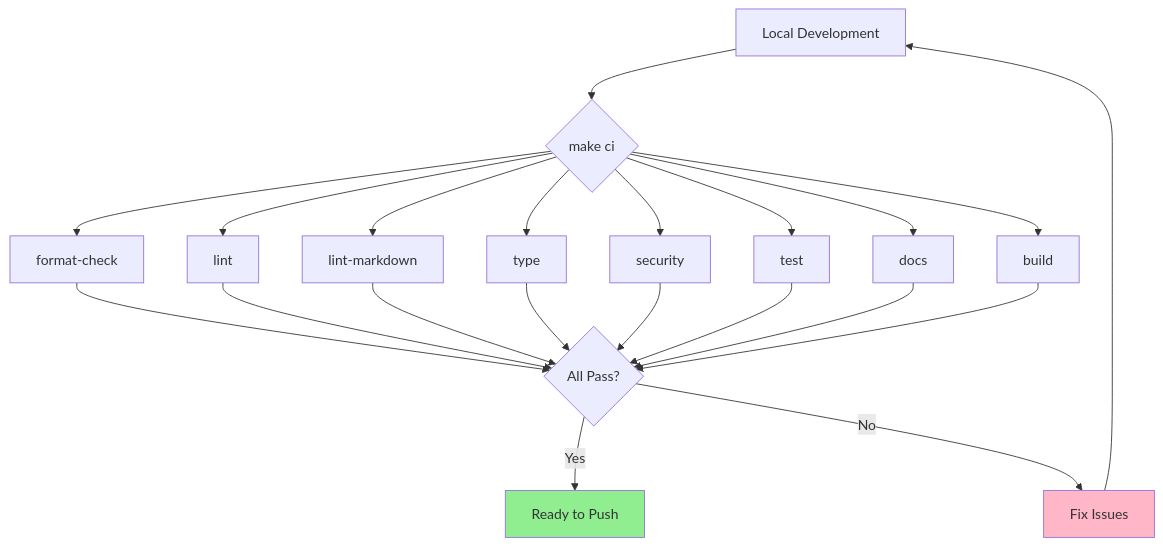
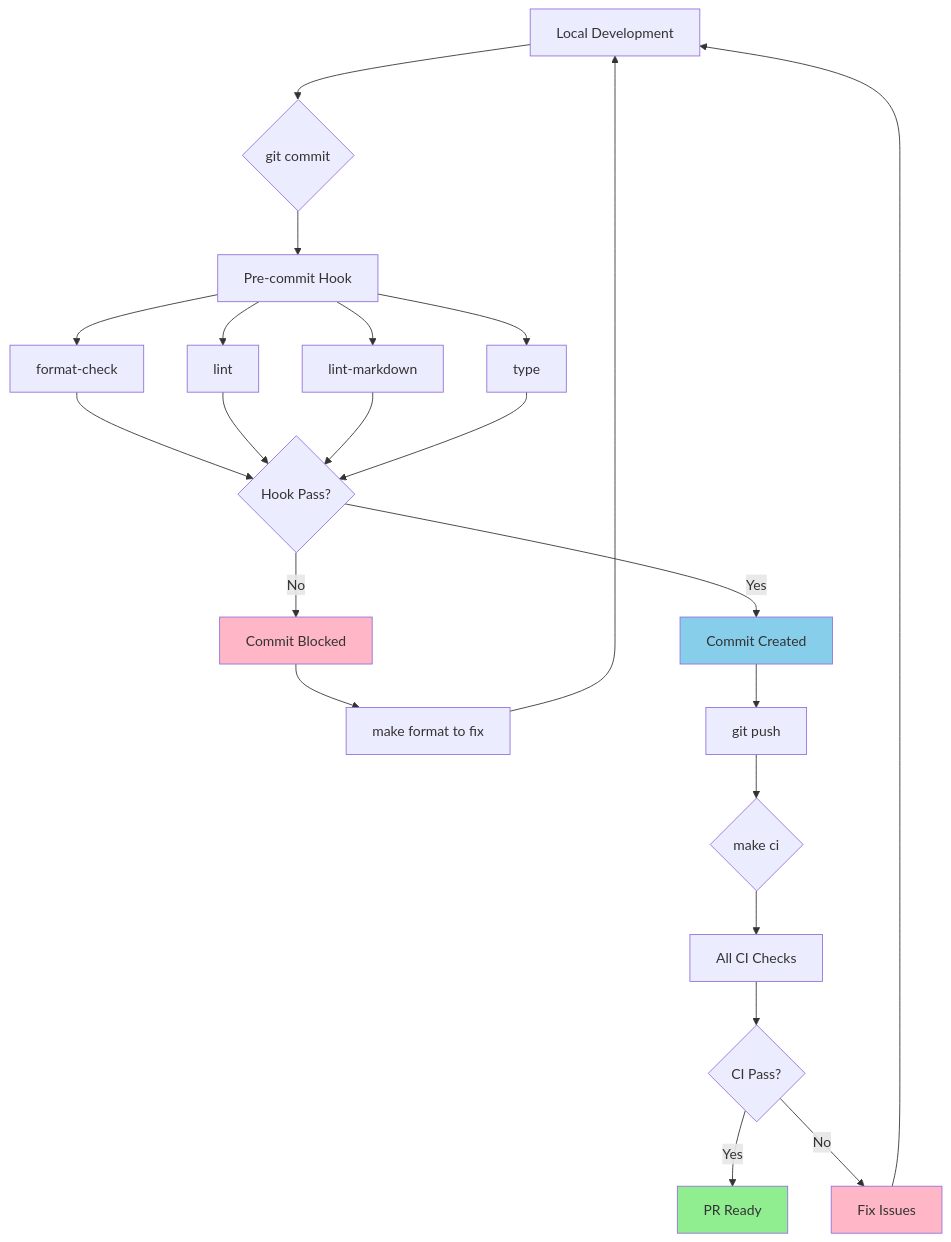
One commit to chipi/podcast_scraper changed the seventh of 7 diagrams in docs/CI_CD.md. Above: the diagram before and after it, drawn with Mermaid. The commit also changed other lines of this file and 3 other files, not shown here.

Commit message:
feat: Add git pre-commit hook for automated checks

````diff
--- a/docs/CI_CD.md
+++ b/docs/CI_CD.md
@@ -521,21 +575,30 @@
 ```mermaid
 graph TD
-    A[Local Development] --> B{make ci}
+    A[Local Development] --> B{git commit}
     
-    B --> C[format-check]
-    B --> D[lint]
-    B --> E[lint-markdown]
-    B --> F[type]
-    B --> G[security]
-    B --> H[test]
-    B --> I[docs]
-    B --> J[build]
+    B --> C[Pre-commit Hook]
+    C --> C1[format-check]
+    C --> C2[lint]
+    C --> C3[lint-markdown]
+    C --> C4[type]
     
-    C & D & E & F & G & H & I & J --> K{All Pass?}
-    K -->|Yes| L[Ready to Push]
+    C1 & C2 & C3 & C4 --> D{Hook Pass?}
+    D -->|No| E[Commit Blocked]
+    E --> F[make format to fix]
+    F --> A
+    
+    D -->|Yes| G[Commit Created]
+    G --> H[git push]
+    
+    H --> I{make ci}
+    I --> J[All CI Checks]
+    J --> K{CI Pass?}
+    K -->|Yes| L[PR Ready]
     K -->|No| M[Fix Issues]
     M --> A
     
     style L fill:#90EE90
+    style E fill:#FFB6C6
     style M fill:#FFB6C6
+    style G fill:#87CEEB
 ```
````
